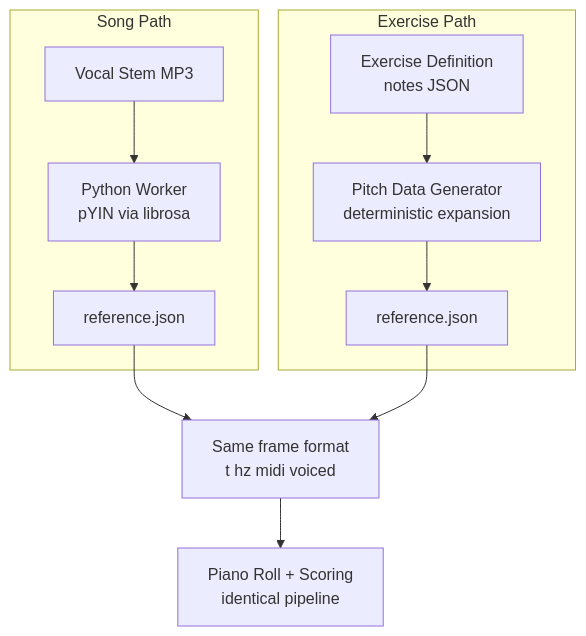
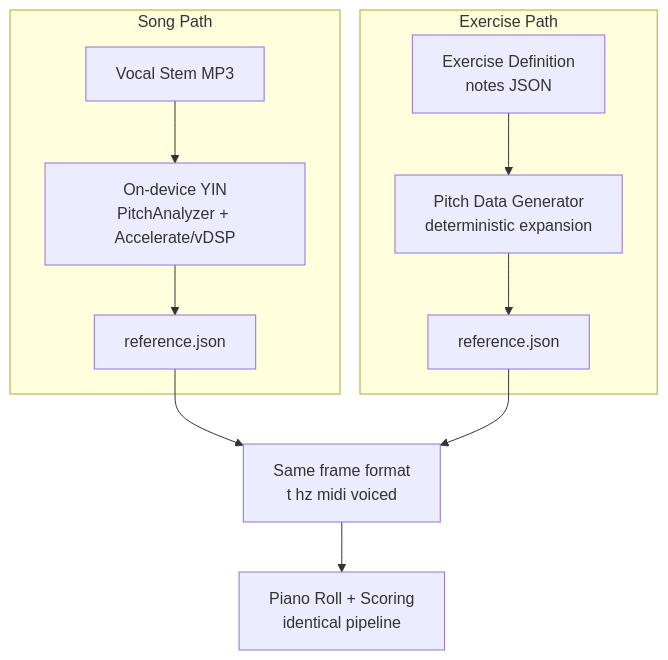
Before and after one commit to pawelgawliczek/intonavio-local: the third of 3 diagrams in docs/06-realtime-pitch.md, drawn with Mermaid. The commit also changed other lines of this file and 88 other files, not shown here.

First line of the commit message:
Migrate to fully on-device architecture

````diff
--- a/docs/06-realtime-pitch.md
+++ b/docs/06-realtime-pitch.md
@@ -324,16 +307,16 @@
 ```mermaid
 flowchart TD
     subgraph Song Path
-        A[Vocal Stem MP3] --> B[Python Worker<br/>pYIN via librosa]
+        A[Vocal Stem MP3] --> B[On-device YIN<br/>PitchAnalyzer + Accelerate/vDSP]
         B --> C[reference.json]
     end
 
     subgraph Exercise Path
         D[Exercise Definition<br/>notes JSON] --> E[Pitch Data Generator<br/>deterministic expansion]
         E --> F[reference.json]
     end
 
     C --> G[Same frame format<br/>t hz midi voiced]
     F --> G
     G --> H[Piano Roll + Scoring<br/>identical pipeline]
 ```
````
